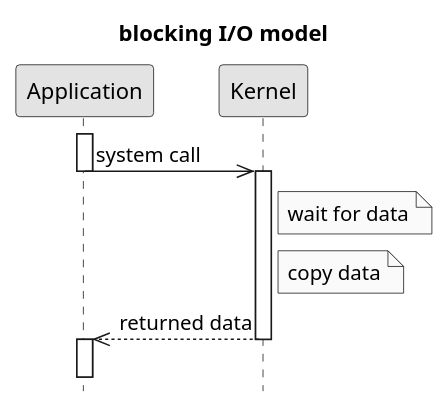
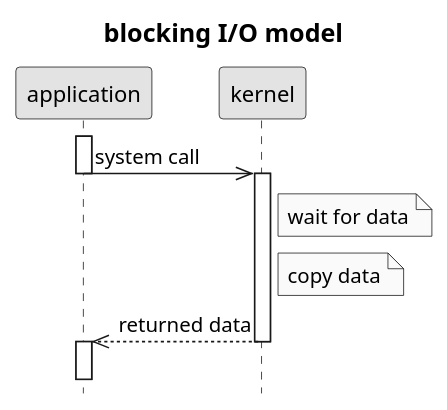
One commit to c0p4c4b4n4/demo-sockets-io-nio-nio2 changed the diagram in .images/blocking IO model.puml. Above: the diagram before and after it, drawn with PlantUML. The commit also changed 4 other files, not shown here.

```diff
--- a/.images/blocking IO model.puml
+++ b/.images/blocking IO model.puml
@@ -1,15 +1,16 @@
 @startuml
 title blocking I/O model
 hide footbox
 skinparam monochrome true
-activate Application
-Application->>Kernel: system call
-deactivate Application
-activate Kernel
-Note right of Kernel: wait for data
-Note right of Kernel: copy data
-Kernel-->>Application: returned data
-deactivate Kernel
-activate Application
+skinparam titleFontSize 16
+activate application
+application->>kernel: system call
+deactivate application
+activate kernel
+Note right of kernel: wait for data
+Note right of kernel: copy data
+kernel-->>application: returned data
+deactivate kernel
+activate application
 ||15||
 @enduml
```
